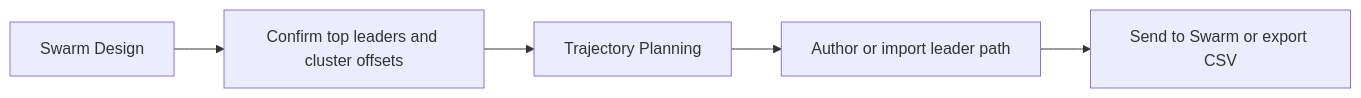
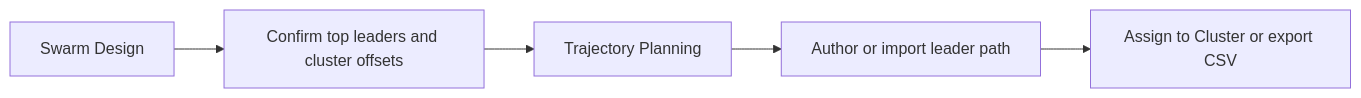
Before and after one commit to alireza787b/mavsdk_drone_show: the diagram in docs/features/swarm-trajectory.md, drawn with Mermaid. The commit also changed other lines of this file and 1 other file, not shown here.

````diff
--- a/docs/features/swarm-trajectory.md
+++ b/docs/features/swarm-trajectory.md
@@ -112,7 +112,7 @@
 ```mermaid
 graph LR
     A[Swarm Design] --> B[Confirm top leaders and cluster offsets]
     B --> C[Trajectory Planning]
     C --> D[Author or import leader path]
-    D --> E[Send to Swarm or export CSV]
+    D --> E[Assign to Cluster or export CSV]
 ```
````
